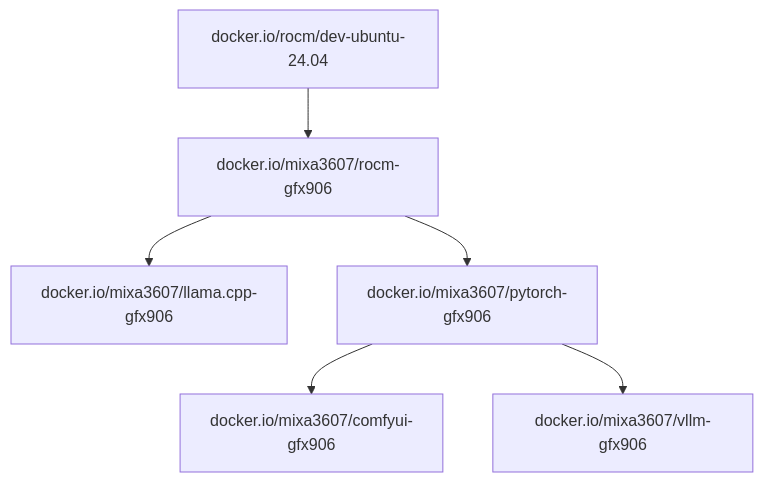
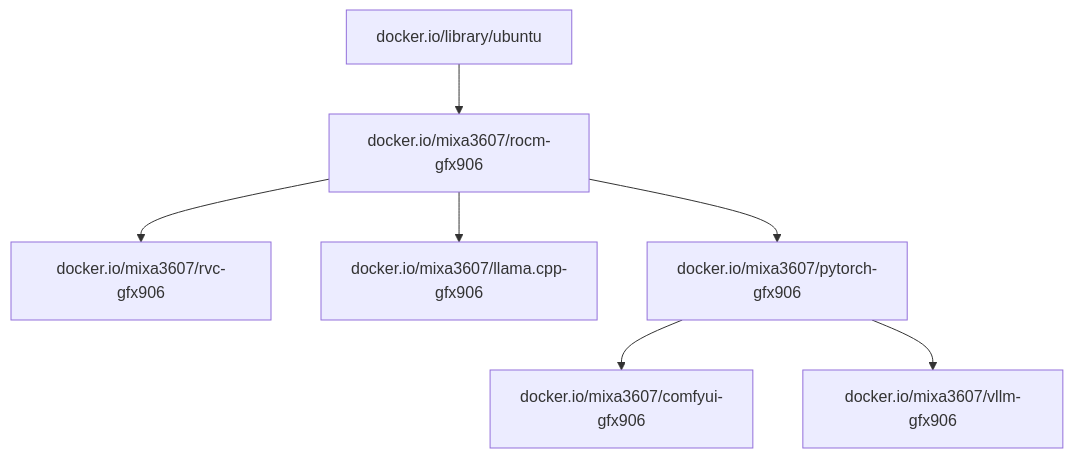
One commit to mixa3607/ML-gfx906 changed the diagram in README.md. Above: the diagram before and after it, drawn with Mermaid. The commit also changed other lines of this file and 5 other files, not shown here.

````diff
--- a/README.md
+++ b/README.md
@@ -63,8 +27,9 @@
 ```mermaid
 flowchart TD
-  rocm-src[docker.io/rocm/dev-ubuntu-24.04] --> rocm[docker.io/mixa3607/rocm-gfx906]
+  ubuntu[docker.io/library/ubuntu] --> rocm[docker.io/mixa3607/rocm-gfx906]
+  rocm --> rocm-rvc[docker.io/mixa3607/rvc-gfx906]
   rocm --> llama[docker.io/mixa3607/llama.cpp-gfx906]
   rocm --> torch[docker.io/mixa3607/pytorch-gfx906]
   torch --> comfyui[docker.io/mixa3607/comfyui-gfx906]
   torch --> vllm[docker.io/mixa3607/vllm-gfx906]
 ```
````
